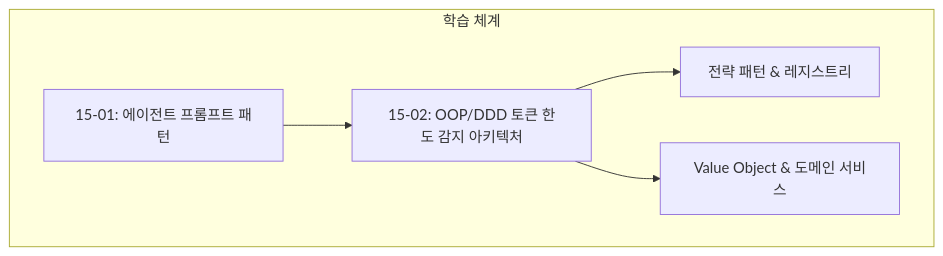
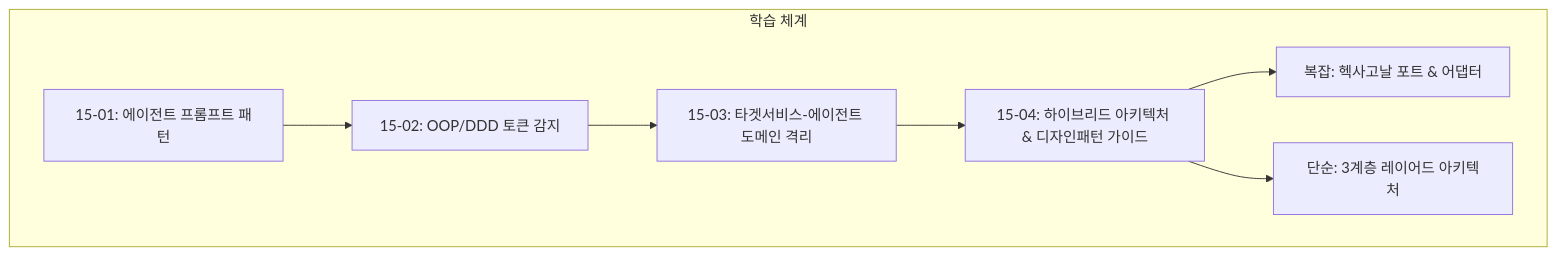
One commit to jkoogit/purePDFrend changed the diagram in docs/15.학습/README_학습.md. Above: the diagram before and after it, drawn with Mermaid. The commit also changed other lines of this file and 51 other files, not shown here.

````diff
--- a/docs/15.학습/README_학습.md
+++ b/docs/15.학습/README_학습.md
@@ -12,8 +14,10 @@
 ```mermaid
 graph TD
     subgraph 학습 체계
-        L1[15-01: 에이전트 프롬프트 패턴] --> L2[15-02: OOP/DDD 토큰 한도 감지 아키텍처]
-        L2 --> Strategy[전략 패턴 & 레지스트리]
-        L2 --> DDD[Value Object & 도메인 서비스]
+        L1[15-01: 에이전트 프롬프트 패턴] --> L2[15-02: OOP/DDD 토큰 감지]
+        L2 --> L3[15-03: 타겟서비스-에이전트 도메인 격리]
+        L3 --> L4[15-04: 하이브리드 아키텍처 & 디자인패턴 가이드]
+        L4 --> Hexagonal[복잡: 헥사고날 포트 & 어댑터]
+        L4 --> Layered[단순: 3계층 레이어드 아키텍처]
     end
 ```
````
